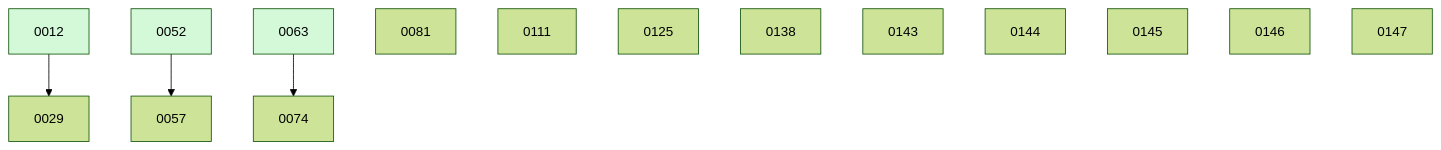
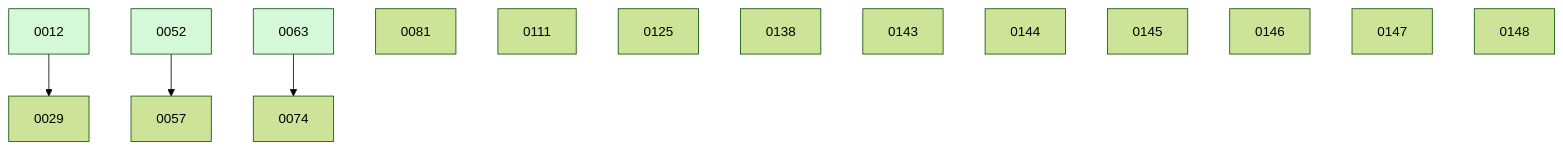
One commit to ethanhinson/fuse changed the diagram in docs/changes/BOARD.md. Above: the diagram before and after it, drawn with Mermaid (forest theme). The commit also changed other lines of this file and 1 other file, not shown here.

````diff
--- a/docs/changes/BOARD.md
+++ b/docs/changes/BOARD.md
@@ -37,19 +38,20 @@
 ```mermaid
 graph TD
   0012 --> 0029
   0052 --> 0057
   0063 --> 0074
   0081
   0111
   0125
   0138
   0143
   0144
   0145
   0146
   0147
+  0148
   0012:::done
   0052:::done
   0063:::done
   classDef done fill:#d3f9d8;
 ```
````
